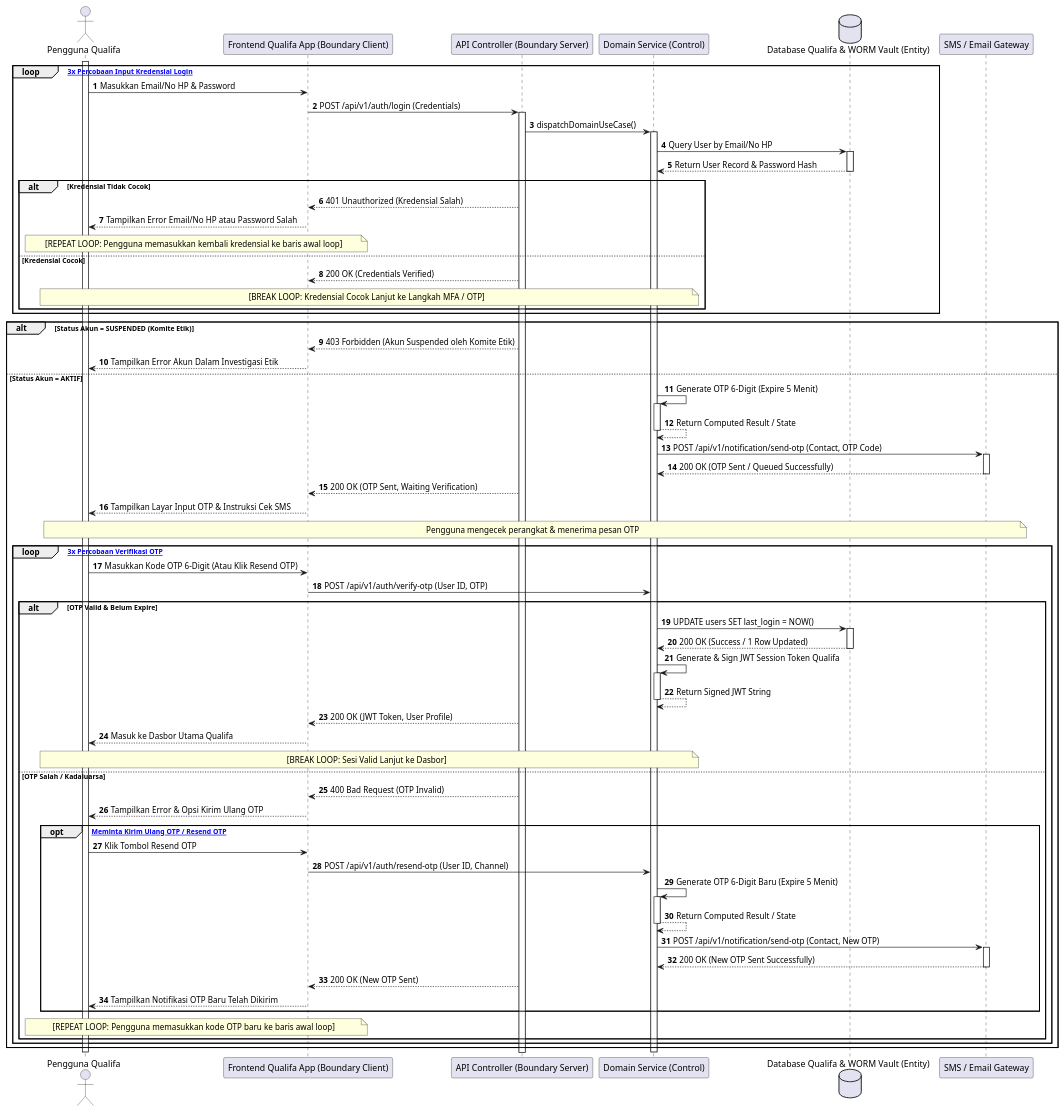
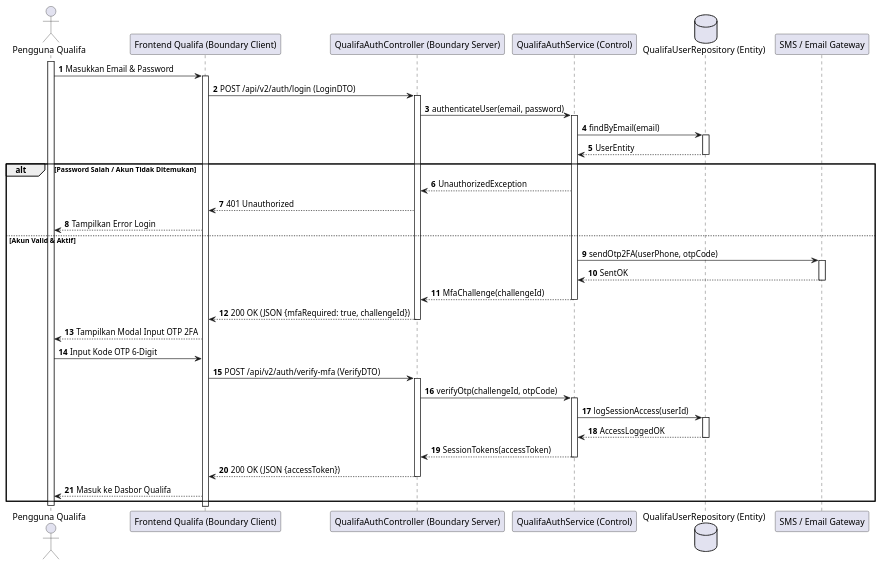
One commit to tupperwureism/SuperApp-Gagal changed diagram 18 of 28 in MarkDown/plantuml_sequence_diagrams.md. Above: the diagram before and after it, drawn with PlantUML. The commit also changed other lines of this file and 1 other file, not shown here.

Commit message:
fix(sequence-diagrams): regenerate all 28 Sequence Diagrams with deterministic hand-crafted 5-Lifeline BCE flows

````diff
--- a/MarkDown/plantuml_sequence_diagrams.md
+++ b/MarkDown/plantuml_sequence_diagrams.md
@@ -1180,77 +733,40 @@
 ```plantuml
 @startuml
 autonumber
 actor "Pengguna Qualifa" as User
-participant "Frontend Qualifa App (Boundary Client)" as B_FE
-participant "API Controller (Boundary Server)" as B_BE
-participant "Domain Service (Control)" as C_Svc
-participant "Backend Independen Qualifa" as C_Svc
-database "Database Qualifa & WORM Vault (Entity)" as E_DB
+participant "Frontend Qualifa (Boundary Client)" as B_FE
+participant "QualifaAuthController (Boundary Server)" as B_BE
+participant "QualifaAuthService (Control)" as C_Svc
+database "QualifaUserRepository (Entity)" as E_DB
 participant "SMS / Email Gateway" as SMS
 
 activate User
-loop [Maksimal 3x Percobaan Input Kredensial Login]
-    User -> B_FE : Masukkan Email/No HP & Password
-    B_FE -> B_BE ++ : POST /api/v1/auth/login (Credentials)
-    B_BE -> C_Svc ++ : dispatchDomainUseCase()
+User -> B_FE ++ : Masukkan Email & Password
+B_FE -> B_BE ++ : POST /api/v2/auth/login (LoginDTO)
+B_BE -> C_Svc ++ : authenticateUser(email, password)
+C_Svc -> E_DB ++ : findByEmail(email)
+E_DB --> C_Svc -- : UserEntity
 
-    C_Svc -> E_DB ++ : Query User by Email/No HP
-    E_DB --> C_Svc -- : Return User Record & Password Hash
+alt Password Salah / Akun Tidak Ditemukan
+    C_Svc --> B_BE : UnauthorizedException
+    B_BE --> B_FE : 401 Unauthorized
+    B_FE --> User : Tampilkan Error Login
+else Akun Valid & Aktif
+    C_Svc -> SMS ++ : sendOtp2FA(userPhone, otpCode)
+    SMS --> C_Svc -- : SentOK
+    C_Svc --> B_BE -- : MfaChallenge(challengeId)
+    B_BE --> B_FE -- : 200 OK (JSON {mfaRequired: true, challengeId})
+    B_FE --> User : Tampilkan Modal Input OTP 2FA
 
-    alt Kredensial Tidak Cocok
-        B_BE --> B_FE : 401 Unauthorized (Kredensial Salah)
-        B_FE --> User : Tampilkan Error Email/No HP atau Password Salah
-        note over User, B_FE : [REPEAT LOOP: Pengguna memasukkan kembali kredensial ke baris awal loop]
-    else Kredensial Cocok
-        B_BE --> B_FE : 200 OK (Credentials Verified)
-        note over User, C_Svc : [BREAK LOOP: Kredensial Cocok Lanjut ke Langkah MFA / OTP]
-    end
+    User -> B_FE : Input Kode OTP 6-Digit
+    B_FE -> B_BE ++ : POST /api/v2/auth/verify-mfa (VerifyDTO)
+    B_BE -> C_Svc ++ : verifyOtp(challengeId, otpCode)
+    C_Svc -> E_DB ++ : logSessionAccess(userId)
+    E_DB --> C_Svc -- : AccessLoggedOK
+    C_Svc --> B_BE -- : SessionTokens(accessToken)
+    B_BE --> B_FE -- : 200 OK (JSON {accessToken})
+    B_FE --> User : Masuk ke Dasbor Qualifa
 end
-
-alt Status Akun = SUSPENDED (Komite Etik)
-    B_BE --> B_FE : 403 Forbidden (Akun Suspended oleh Komite Etik)
-    B_FE --> User : Tampilkan Error Akun Dalam Investigasi Etik
-else Status Akun = AKTIF
-    C_Svc -> C_Svc ++ : Generate OTP 6-Digit (Expire 5 Menit)
-    C_Svc --> C_Svc -- : Return Computed Result / State
-    C_Svc -> SMS ++ : POST /api/v1/notification/send-otp (Contact, OTP Code)
-    SMS --> C_Svc -- : 200 OK (OTP Sent / Queued Successfully)
-    B_BE --> B_FE : 200 OK (OTP Sent, Waiting Verification)
-    B_FE --> User : Tampilkan Layar Input OTP & Instruksi Cek SMS
-    note over User, SMS : Pengguna mengecek perangkat & menerima pesan OTP
-    
-    loop [Maksimal 3x Percobaan Verifikasi OTP]
-        User -> B_FE : Masukkan Kode OTP 6-Digit (Atau Klik Resend OTP)
-        B_FE -> C_Svc : POST /api/v1/auth/verify-otp (User ID, OTP)
-        
-        alt OTP Valid & Belum Expire
-            C_Svc -> E_DB ++ : UPDATE users SET last_login = NOW()
-            E_DB --> C_Svc -- : 200 OK (Success / 1 Row Updated)
-            C_Svc -> C_Svc ++ : Generate & Sign JWT Session Token Qualifa
-            C_Svc --> C_Svc -- : Return Signed JWT String
-            B_BE --> B_FE : 200 OK (JWT Token, User Profile)
-            B_FE --> User : Masuk ke Dasbor Utama Qualifa
-            note over User, C_Svc : [BREAK LOOP: Sesi Valid Lanjut ke Dasbor]
-        else OTP Salah / Kadaluarsa
-            B_BE --> B_FE : 400 Bad Request (OTP Invalid)
-            B_FE --> User : Tampilkan Error & Opsi Kirim Ulang OTP
-            
-            opt [Pengguna Meminta Kirim Ulang OTP / Resend OTP]
-                User -> B_FE : Klik Tombol Resend OTP
-                B_FE -> C_Svc : POST /api/v1/auth/resend-otp (User ID, Channel)
-                C_Svc -> C_Svc ++ : Generate OTP 6-Digit Baru (Expire 5 Menit)
-                C_Svc --> C_Svc -- : Return Computed Result / State
-                C_Svc -> SMS ++ : POST /api/v1/notification/send-otp (Contact, New OTP)
-                SMS --> C_Svc -- : 200 OK (New OTP Sent Successfully)
-                B_BE --> B_FE : 200 OK (New OTP Sent)
-                B_FE --> User : Tampilkan Notifikasi OTP Baru Telah Dikirim
-            end
-            note over User, B_FE : [REPEAT LOOP: Pengguna memasukkan kode OTP baru ke baris awal loop]
-        end
-    end
-end
-deactivate C_Svc
-deactivate B_FE
 deactivate User
 @enduml
 ```
````
